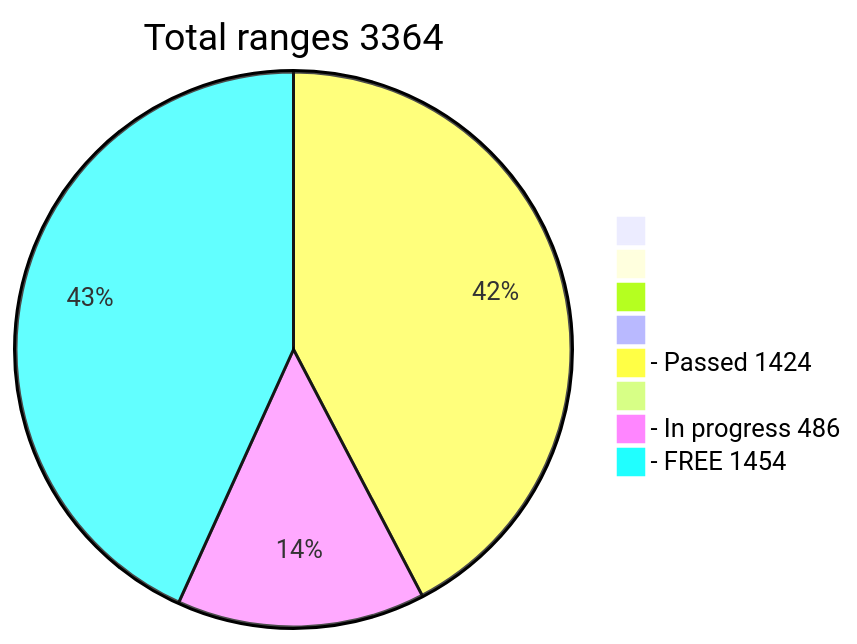
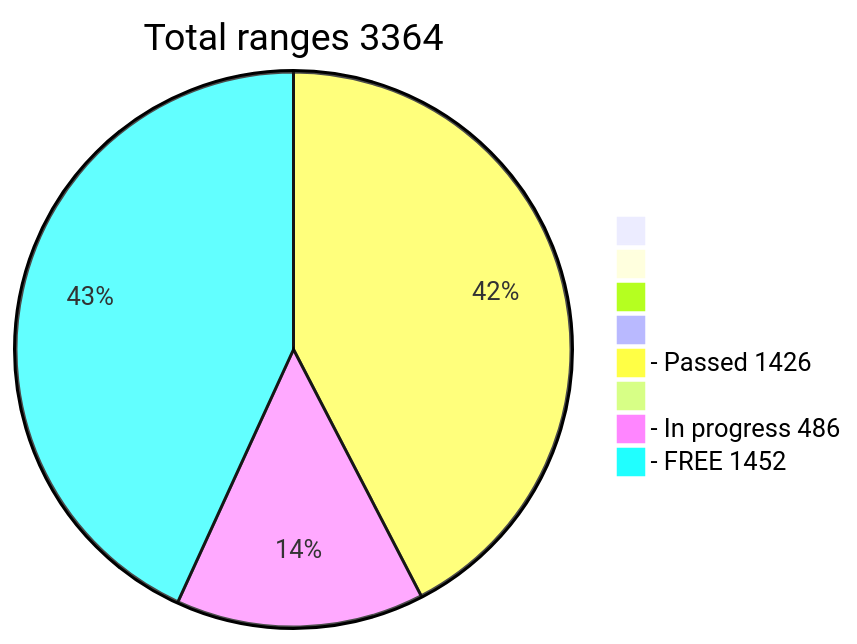
Before and after one commit to phrutis/wif500: the diagram in README.md, drawn with Mermaid.

````diff
--- a/README.md
+++ b/README.md
@@ -16,12 +16,12 @@
 ```mermaid
 pie title Total ranges 3364
              " " : 0
             "  " : 0
            "   " : 0
           "    " : 0
-  "- Passed 1424" : 1424
+  "- Passed 1426" : 1426
          "     " : 0
   "- In progress 486" : 486
-   "- FREE 1454" : 1454
+   "- FREE 1452" : 1452
    
 ```
````
